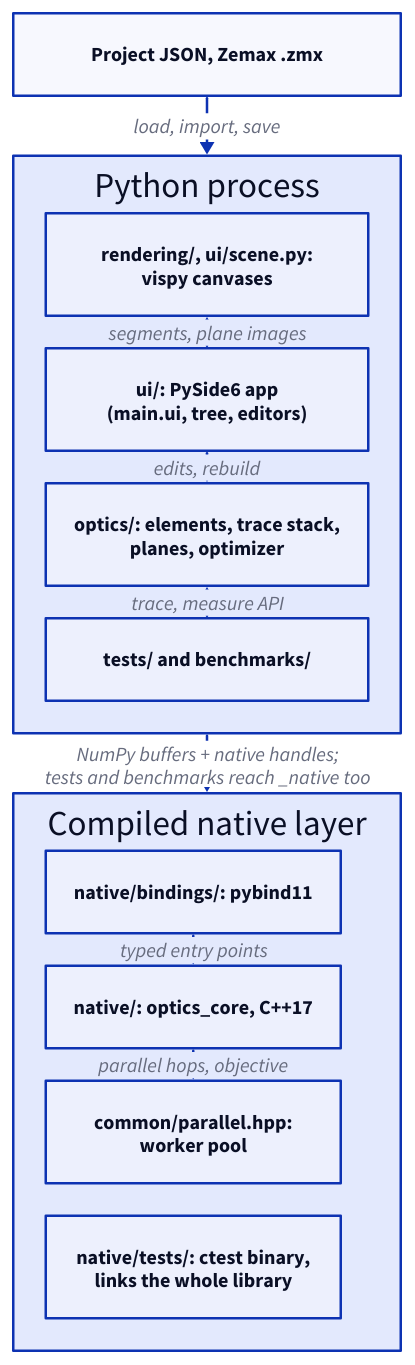
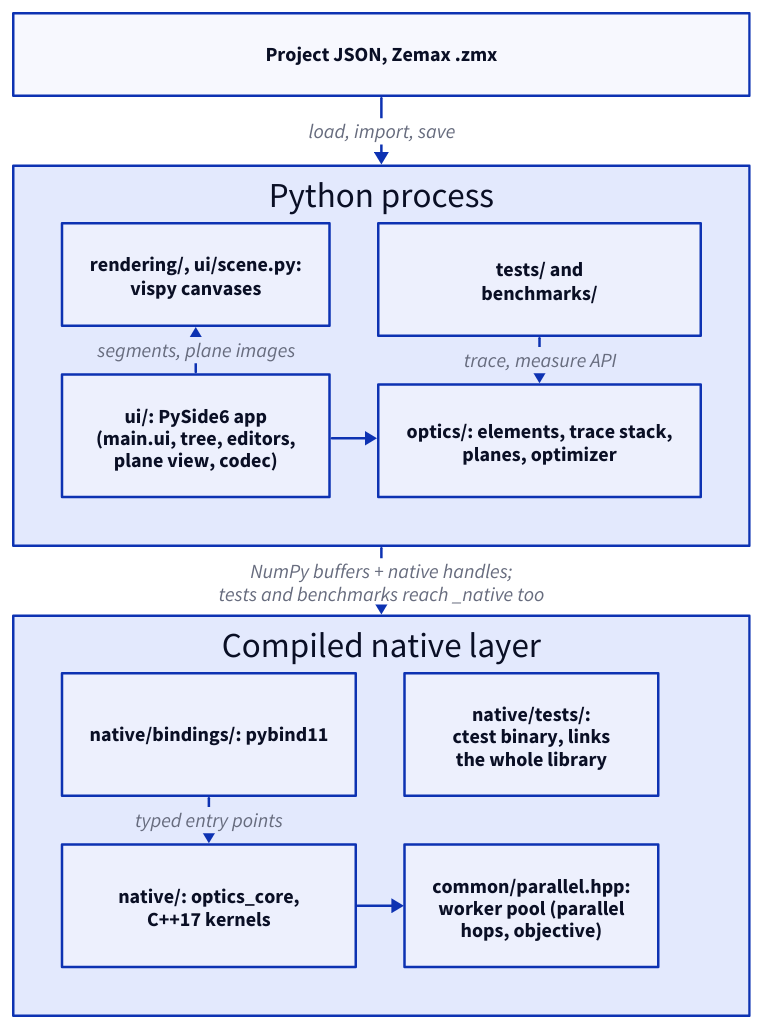
Before and after one commit to propane865/OpticsSimulator: the diagram in docs/diagrams/system-overview.d2, drawn with D2. The commit also changed 11 other files, not shown here.

Commit message:
docs: rescale diagrams

```diff
--- a/docs/diagrams/system-overview.d2
+++ b/docs/diagrams/system-overview.d2
@@ -1,32 +1,32 @@
 grid-rows: 3
-grid-gap: 48
+grid-gap: 56
 
 doc: "Project JSON, Zemax .zmx"
 
 py: "Python process" {
-  grid-rows: 4
-  grid-gap: 26
+  grid-columns: 2
+  grid-gap: 39
   scene: "rendering/, ui/scene.py:\nvispy canvases"
-  app: "ui/: PySide6 app\n(main.ui, tree, editors)"
+  app: "ui/: PySide6 app\n(main.ui, tree, editors,\nplane view, codec)"
+  cons: "tests/ and\nbenchmarks/"
   domain: "optics/: elements, trace stack,\nplanes, optimizer"
-  cons: "tests/ and benchmarks/"
 
   app -> scene: "segments, plane images"
-  app -> domain: "edits, rebuild"
+  app -> domain
   cons -> domain: "trace, measure API"
 }
 
 nat: "Compiled native layer" {
-  grid-rows: 4
-  grid-gap: 26
+  grid-columns: 2
+  grid-gap: 39
   abi: "native/bindings/: pybind11"
-  kern: "native/: optics_core, C++17"
-  pool: "common/parallel.hpp:\nworker pool"
-  ntests: "native/tests/: ctest binary,\nlinks the whole library"
+  kern: "native/: optics_core,\nC++17 kernels"
+  ntests: "native/tests/:\nctest binary, links\nthe whole library"
+  pool: "common/parallel.hpp:\nworker pool (parallel\nhops, objective)"
 
   abi -> kern: "typed entry points"
-  kern -> pool: "parallel hops, objective"
+  kern -> pool
 }
 
 doc -> py: "load, import, save"
 py -> nat: "NumPy buffers + native handles;\ntests and benchmarks reach _native too"
```
